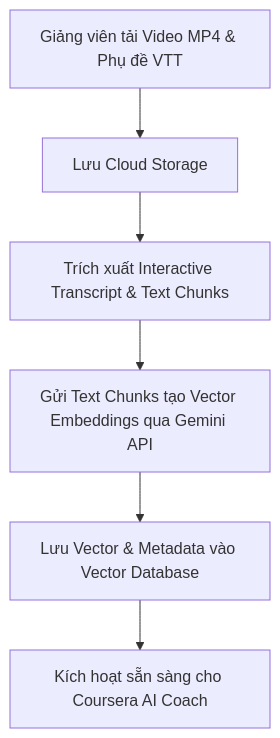
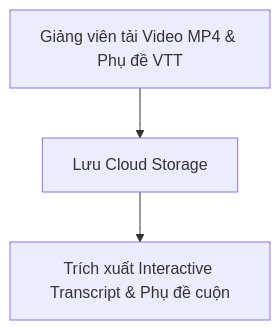
The diagram in docs/03_functional_specifications.md (tianshi04/lms-ai-study-assistant), drawn with Mermaid before and after one commit. The commit also changed other lines of this file and 11 other files, not shown here.

Commit message:
refactor(ai-coach): temporarily remove AI Coach feature, proto schemas, and docs

````diff
--- a/docs/03_functional_specifications.md
+++ b/docs/03_functional_specifications.md
@@ -59,8 +59,5 @@
 ```mermaid
 flowchart TD
     A[Giảng viên tải Video MP4 & Phụ đề VTT] --> B[Lưu Cloud Storage]
-    B --> C[Trích xuất Interactive Transcript & Text Chunks]
-    C --> D[Gửi Text Chunks tạo Vector Embeddings qua Gemini API]
-    D --> E[Lưu Vector & Metadata vào Vector Database]
-    E --> F[Kích hoạt sẵn sàng cho Coursera AI Coach]
+    B --> C[Trích xuất Interactive Transcript & Phụ đề cuộn]
 ```
````
